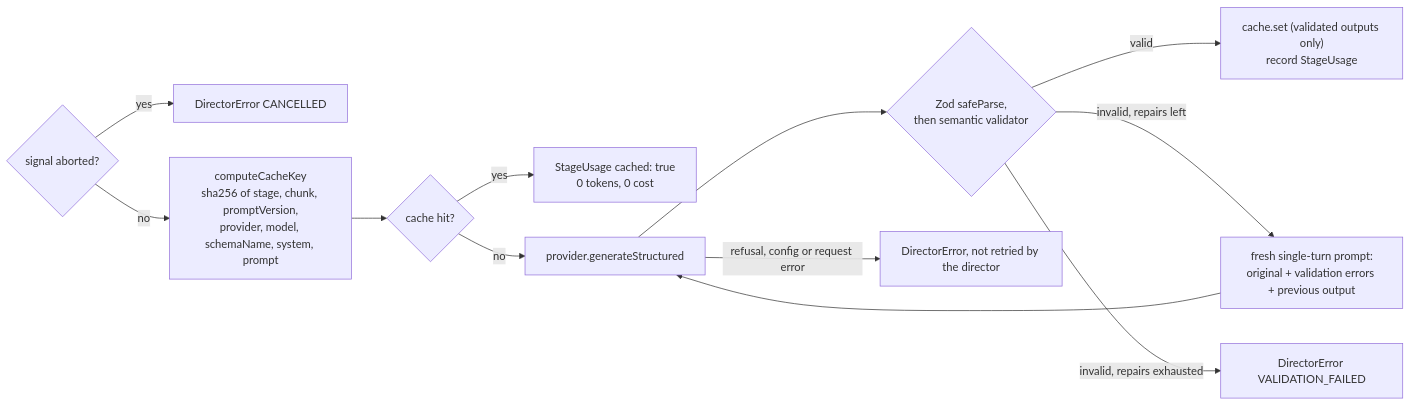
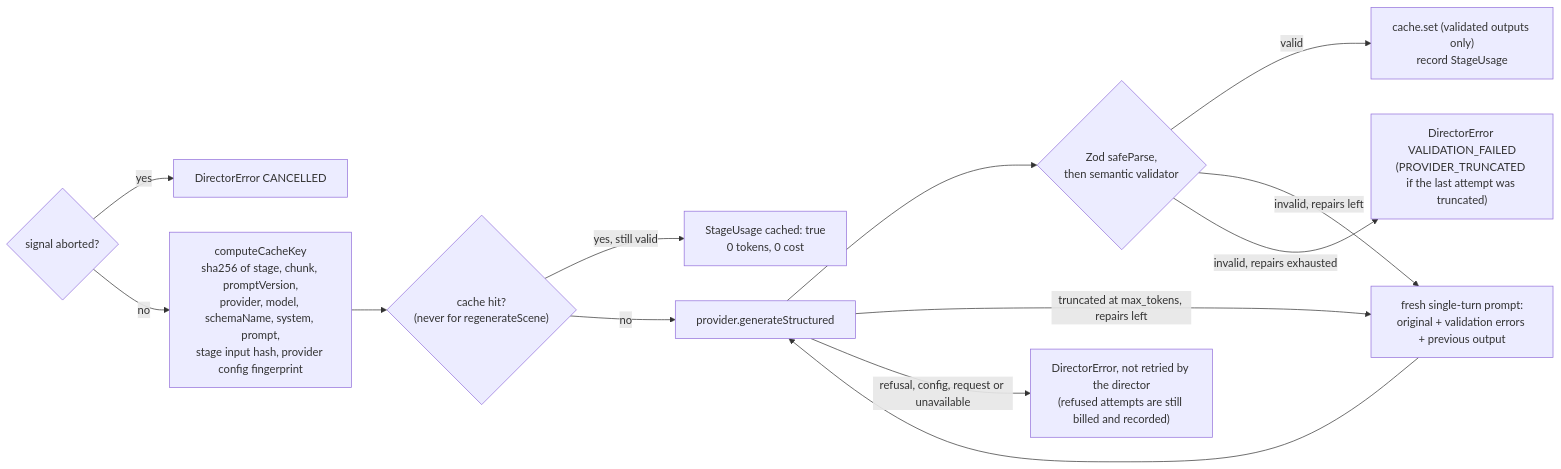
One commit to Gokulraj002/Video-Creation changed the fifth of 7 diagrams in docs/ARCHITECTURE.md. Above: the diagram before and after it, drawn with Mermaid. The commit also changed other lines of this file and 4 other files, not shown here.

````diff
--- a/docs/ARCHITECTURE.md
+++ b/docs/ARCHITECTURE.md
@@ -299,14 +312,15 @@
 ```mermaid
 flowchart LR
   ab{"signal aborted?"} -->|"yes"| cancelled["DirectorError CANCELLED"]
-  ab -->|"no"| key["computeCacheKey<br/>sha256 of stage, chunk, promptVersion,<br/>provider, model, schemaName, system, prompt"]
-  key --> hit{"cache hit?"}
-  hit -->|"yes"| cached["StageUsage cached: true<br/>0 tokens, 0 cost"]
+  ab -->|"no"| key["computeCacheKey<br/>sha256 of stage, chunk, promptVersion,<br/>provider, model, schemaName, system, prompt,<br/>stage input hash, provider config fingerprint"]
+  key --> hit{"cache hit?<br/>(never for regenerateScene)"}
+  hit -->|"yes, still valid"| cached["StageUsage cached: true<br/>0 tokens, 0 cost"]
   hit -->|"no"| gen["provider.generateStructured"]
   gen --> val{"Zod safeParse,<br/>then semantic validator"}
   val -->|"valid"| store["cache.set (validated outputs only)<br/>record StageUsage"]
   val -->|"invalid, repairs left"| repair["fresh single-turn prompt:<br/>original + validation errors + previous output"]
+  gen -->|"truncated at max_tokens, repairs left"| repair
   repair --> gen
-  val -->|"invalid, repairs exhausted"| vf["DirectorError VALIDATION_FAILED"]
-  gen -->|"refusal, config or request error"| perr["DirectorError, not retried by the director"]
+  val -->|"invalid, repairs exhausted"| vf["DirectorError VALIDATION_FAILED<br/>(PROVIDER_TRUNCATED if the last attempt was truncated)"]
+  gen -->|"refusal, config, request or unavailable"| perr["DirectorError, not retried by the director<br/>(refused attempts are still billed and recorded)"]
 ```
````
